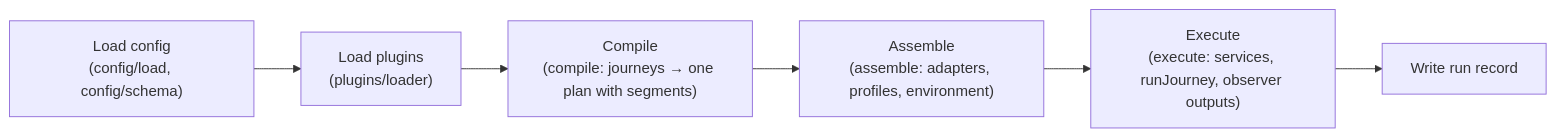
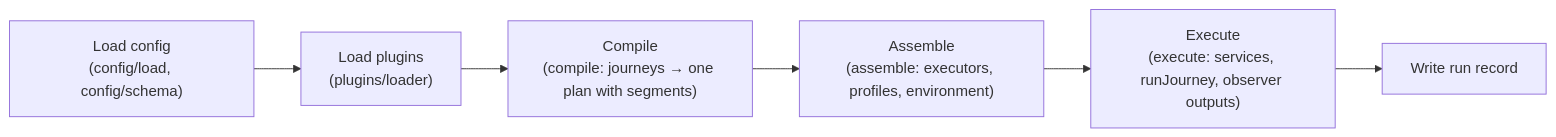
Before and after one commit to openuji/journey-mesh: the sixth of 6 diagrams in README.md, drawn with Mermaid. The commit also changed other lines of this file and 20 other files, not shown here.

Commit message:
refactor: architecture lint rules, docs, second-vendor proof

````diff
--- a/README.md
+++ b/README.md
@@ -239,8 +246,8 @@
 ```mermaid
 flowchart LR
   config["Load config<br/>(config/load, config/schema)"] --> plugins["Load plugins<br/>(plugins/loader)"]
   plugins --> compile["Compile<br/>(compile: journeys → one plan with segments)"]
-  compile --> assemble["Assemble<br/>(assemble: adapters, profiles, environment)"]
+  compile --> assemble["Assemble<br/>(assemble: executors, profiles, environment)"]
   assemble --> execute["Execute<br/>(execute: services, runJourney, observer outputs)"]
   execute --> record["Write run record"]
 ```
````
